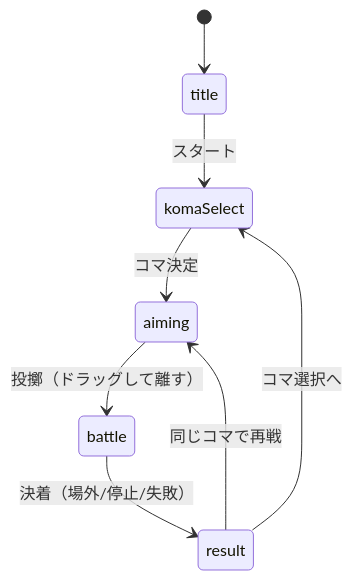
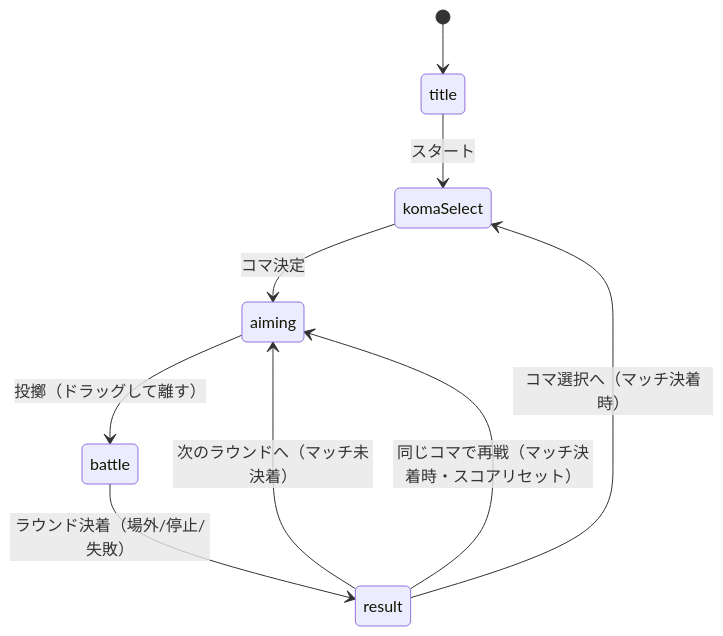
Before and after one commit to n-yata/begoma-game: the second of 3 diagrams in docs/baseline/functional-design.md, drawn with Mermaid. The commit also changed other lines of this file and 12 other files, not shown here.

````diff
--- a/docs/baseline/functional-design.md
+++ b/docs/baseline/functional-design.md
@@ -228,10 +233,11 @@
 ```mermaid
 stateDiagram-v2
     [*] --> title
     title --> komaSelect: スタート
     komaSelect --> aiming: コマ決定
     aiming --> battle: 投擲（ドラッグして離す）
-    battle --> result: 決着（場外/停止/失敗）
-    result --> aiming: 同じコマで再戦
-    result --> komaSelect: コマ選択へ
+    battle --> result: ラウンド決着（場外/停止/失敗）
+    result --> aiming: 次のラウンドへ（マッチ未決着）
+    result --> aiming: 同じコマで再戦（マッチ決着時・スコアリセット）
+    result --> komaSelect: コマ選択へ（マッチ決着時）
 ```
````
